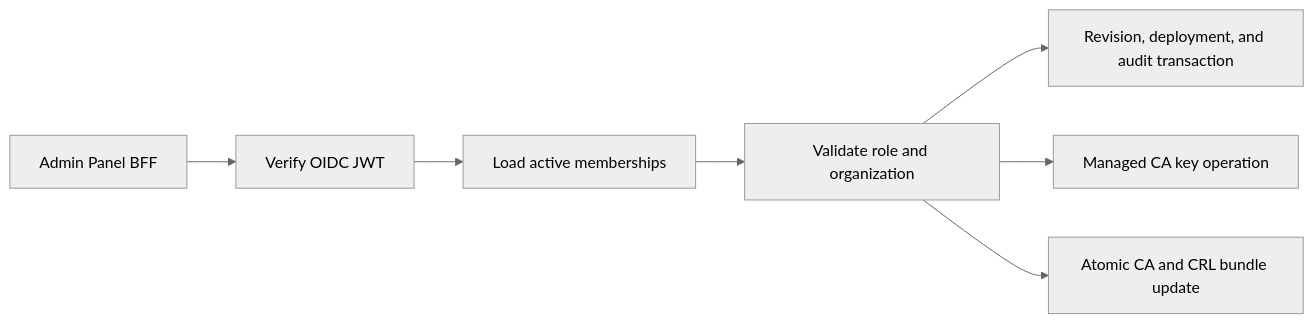
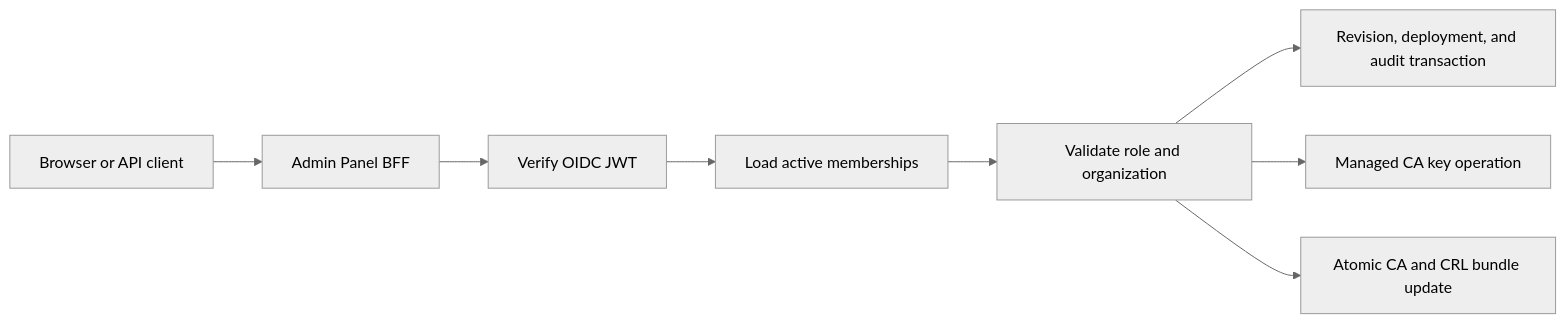
Before and after one commit to c4rl0s04/api-gateway-platform: the diagram in docs/02-architecture/Management API.md, drawn with Mermaid (neutral theme). The commit also changed other lines of this file and 6 other files, not shown here.

````diff
--- a/docs/02-architecture/Management API.md
+++ b/docs/02-architecture/Management API.md
@@ -46,9 +52,10 @@
 ```mermaid
 flowchart LR
-    CLIENT["Admin Panel BFF"] --> OIDC["Verify OIDC JWT"]
+    CLIENT["Browser or API client"] --> BFF["Admin Panel BFF"]
+    BFF --> OIDC["Verify OIDC JWT"]
     OIDC --> MEMBERSHIP["Load active memberships"]
     MEMBERSHIP --> DOMAIN["Validate role and organization"]
     DOMAIN --> DATABASE["Revision, deployment, and audit transaction"]
     DOMAIN --> KEYSTORE["Managed CA key operation"]
     DOMAIN --> SDS["Atomic CA and CRL bundle update"]
 ```
````
